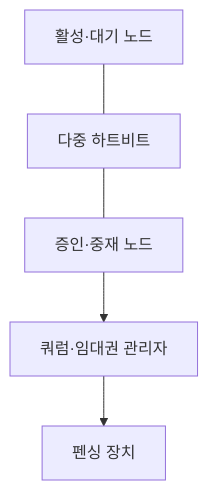
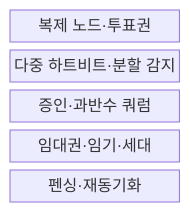
One commit to agnusdei1207/knowledge-base changed the first of 2 diagrams in src/content/docs/notes/06-evaluation/021_split_brain_quorum.md. Above: the diagram before and after it, drawn with Mermaid. The commit also changed other lines of this file and 6 other files, not shown here.

````diff
--- a/src/content/docs/notes/06-evaluation/021_split_brain_quorum.md
+++ b/src/content/docs/notes/06-evaluation/021_split_brain_quorum.md
@@ -58,7 +60,9 @@
 ```mermaid
-flowchart TB
-    A[활성·대기 노드] --- B[다중 하트비트]
-    B --- C[증인·중재 노드]
-    C --> D[쿼럼·임대권 관리자]
-    D --> E[펜싱 장치]
+block-beta
+  columns 1
+  A["복제 노드·투표권"]
+  B["다중 하트비트·분할 감지"]
+  C["증인·과반수 쿼럼"]
+  D["임대권·임기·세대"]
+  E["펜싱·재동기화"]
 ```
````
